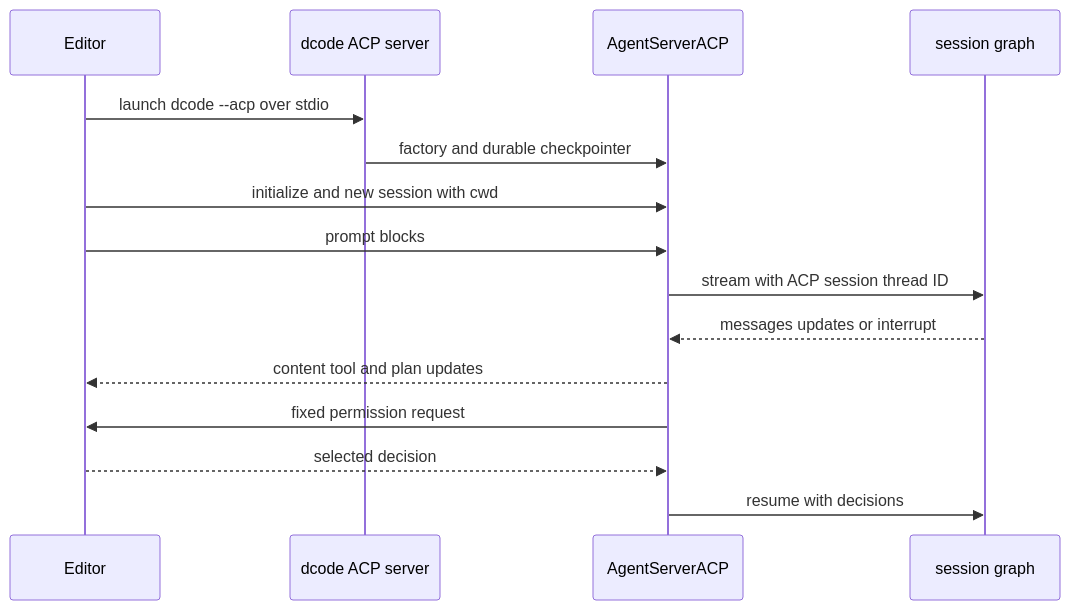
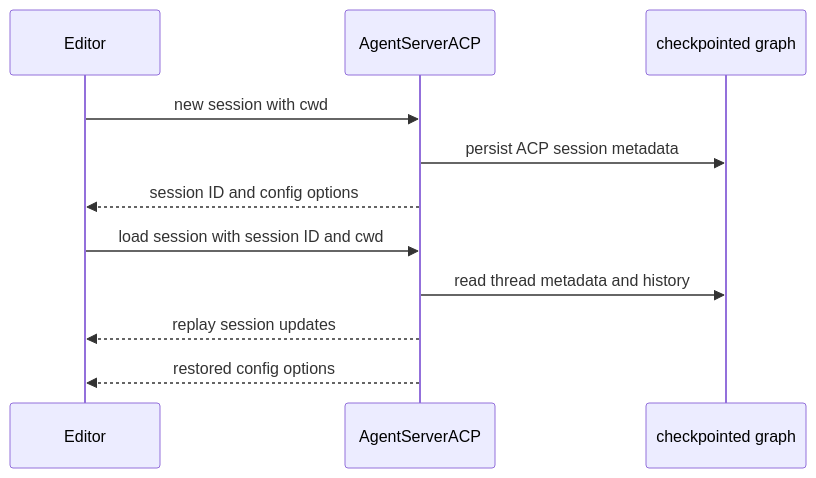
Before and after one commit to jkennedyvz/deepagents: the diagram in openwiki/integrations/acp.md, drawn with Mermaid. The commit also changed other lines of this file and 63 other files, not shown here.

````diff
--- a/openwiki/integrations/acp.md
+++ b/openwiki/integrations/acp.md
@@ -74,17 +70,13 @@
 ```mermaid
 sequenceDiagram
     participant Editor
-    participant Dcode as dcode ACP server
     participant Adapter as AgentServerACP
-    participant Graph as session graph
-    Editor->>Dcode: launch dcode --acp over stdio
-    Dcode->>Adapter: factory and durable checkpointer
-    Editor->>Adapter: initialize and new session with cwd
-    Editor->>Adapter: prompt blocks
-    Adapter->>Graph: stream with ACP session thread ID
-    Graph-->>Adapter: messages updates or interrupt
-    Adapter-->>Editor: content tool and plan updates
-    Adapter->>Editor: fixed permission request
-    Editor-->>Adapter: selected decision
-    Adapter->>Graph: resume with decisions
+    participant Graph as checkpointed graph
+    Editor->>Adapter: new session with cwd
+    Adapter->>Graph: persist ACP session metadata
+    Adapter-->>Editor: session ID and config options
+    Editor->>Adapter: load session with session ID and cwd
+    Adapter->>Graph: read thread metadata and history
+    Adapter-->>Editor: replay session updates
+    Adapter-->>Editor: restored config options
 ```
````
